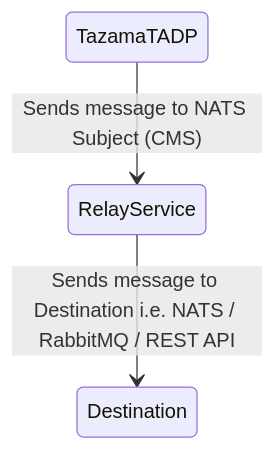
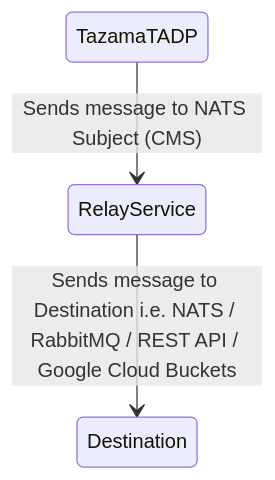
Before and after one commit to tazama-lf/relay-service: the second of 2 diagrams in README.md, drawn with Mermaid. The commit also changed other lines of this file, not shown here.

````diff
--- a/README.md
+++ b/README.md
@@ -74,5 +74,5 @@
 ```mermaid
 stateDiagram
     TazamaTADP --> RelayService: Sends message to NATS Subject (CMS)
-    RelayService --> Destination: Sends message to Destination i.e. NATS / RabbitMQ / REST API
+    RelayService --> Destination: Sends message to Destination i.e. NATS / RabbitMQ / REST API / Google Cloud Buckets 
 ```
````
